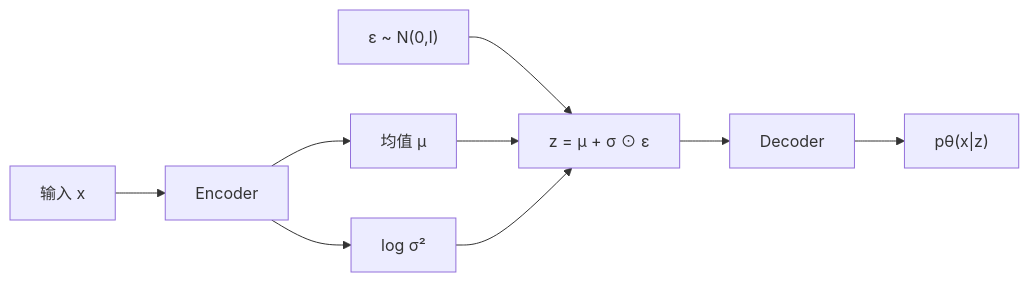
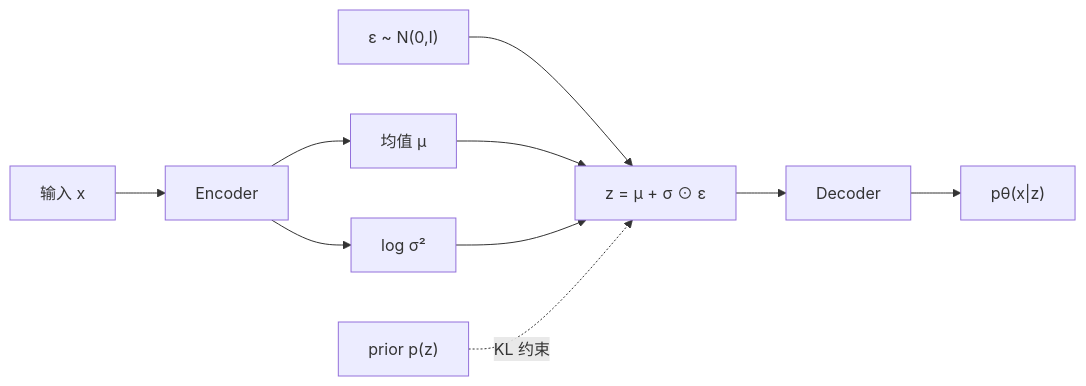
Before and after one commit to hundredthtree-OvO/EmbodiedCard: the first of 2 diagrams in representations/latent/VAE.md, drawn with Mermaid. The commit also changed other lines of this file and 8 other files, not shown here.

````diff
--- a/representations/latent/VAE.md
+++ b/representations/latent/VAE.md
@@ -83,11 +97,12 @@
 ```mermaid
 flowchart LR
     X["输入 x"] --> E["Encoder"]
     E --> M["均值 μ"]
     E --> V["log σ²"]
     N["ε ~ N(0,I)"] --> R["z = μ + σ ⊙ ε"]
     M --> R
     V --> R
     R --> D["Decoder"]
     D --> Y["pθ(x|z)"]
+    P["prior p(z)"] -. "KL 约束" .-> R
 ```
````
